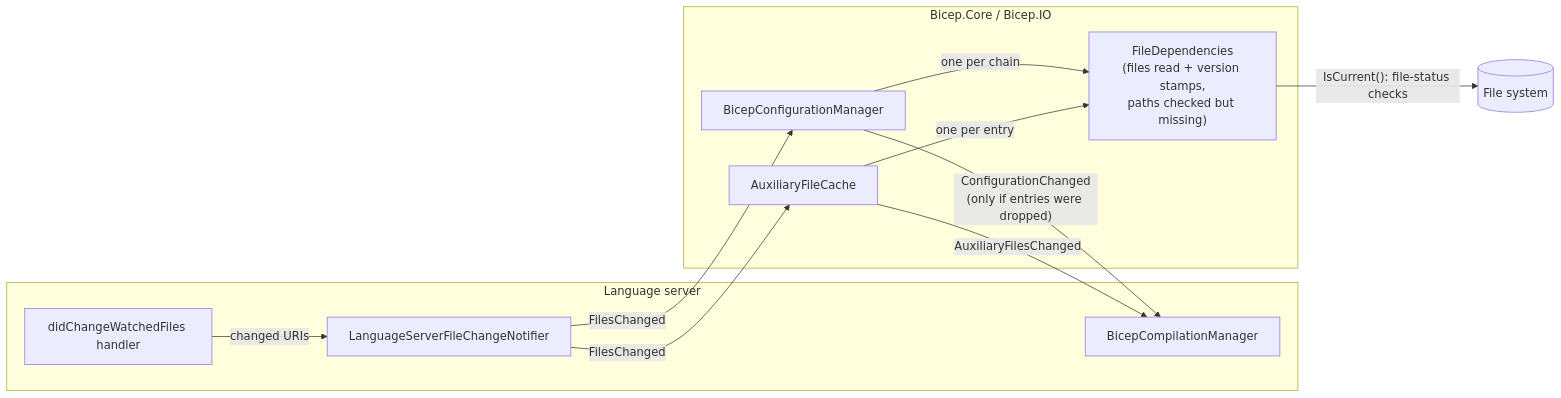
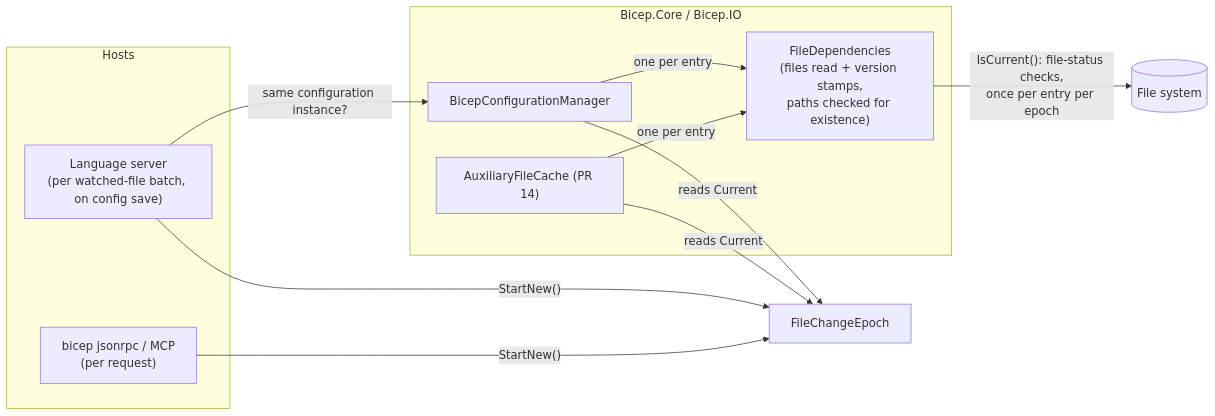
The first of 2 diagrams in docs/design/configuration-improvement-plan.md (Azure/bicep), drawn with Mermaid before and after one commit. The commit also changed other lines of this file and 32 other files, not shown here.

First line of the commit message:
Keep the configuration cache current by itself, checked once per file change epoch

````diff
--- a/docs/design/configuration-improvement-plan.md
+++ b/docs/design/configuration-improvement-plan.md
@@ -173,25 +184,26 @@
 ```mermaid
 flowchart LR
-    subgraph LSP["Language server"]
-        W["didChangeWatchedFiles handler"]
-        N["LanguageServerFileChangeNotifier"]
-        CM["BicepCompilationManager"]
+    subgraph Hosts
+        LSP["Language server<br/>(per watched-file batch, on config save)"]
+        RPC["bicep jsonrpc / MCP<br/>(per request)"]
     end
+
+    E["FileChangeEpoch"]
 
     subgraph Core["Bicep.Core / Bicep.IO"]
         BCM["BicepConfigurationManager"]
-        AUX["AuxiliaryFileCache"]
-        FD["FileDependencies<br/>(files read + version stamps,<br/>paths checked but missing)"]
+        AUX["AuxiliaryFileCache (PR 14)"]
+        FD["FileDependencies<br/>(files read + version stamps,<br/>paths checked for existence)"]
     end
 
     FS[("File system")]
 
-    W -- "changed URIs" --> N
-    N -- "FilesChanged" --> BCM
-    N -- "FilesChanged" --> AUX
-    BCM -- "ConfigurationChanged<br/>(only if entries were dropped)" --> CM
-    AUX -- "AuxiliaryFilesChanged" --> CM
-    BCM -- "one per chain" --> FD
+    LSP -- "StartNew()" --> E
+    RPC -- "StartNew()" --> E
+    BCM -- "reads Current" --> E
+    AUX -- "reads Current" --> E
+    BCM -- "one per entry" --> FD
     AUX -- "one per entry" --> FD
-    FD -- "IsCurrent(): file-status checks" --> FS
+    FD -- "IsCurrent(): file-status checks,<br/>once per entry per epoch" --> FS
+    LSP -- "same configuration instance?" --> BCM
 ```
````
